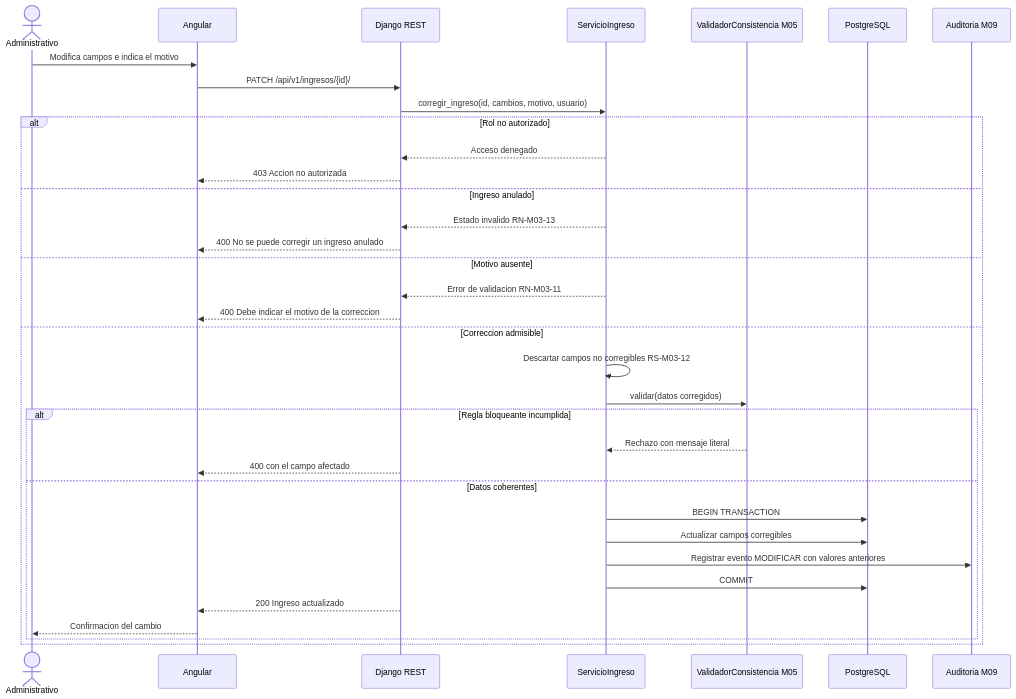
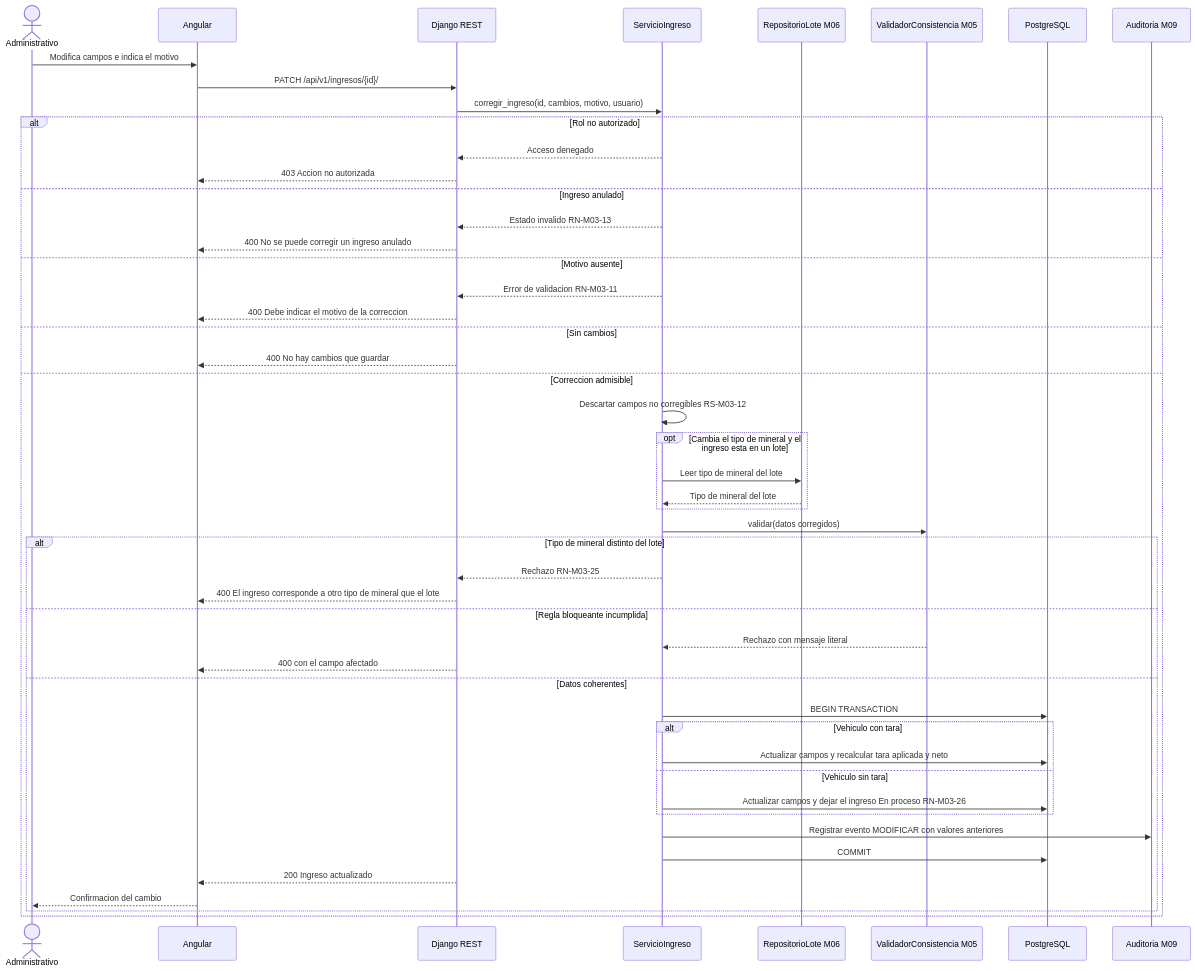
One commit to adlerOmonte1/LogisticaMinera changed the second of 5 diagrams in docs/modulos/M03-ingresos/diagramas/secuencia.md. Above: the diagram before and after it, drawn with Mermaid. The commit also changed other lines of this file and 9 other files, not shown here.

````diff
--- a/docs/modulos/M03-ingresos/diagramas/secuencia.md
+++ b/docs/modulos/M03-ingresos/diagramas/secuencia.md
@@ -76,40 +84,54 @@
 ```mermaid
 sequenceDiagram
     actor A as Administrativo
     participant NG as Angular
     participant API as Django REST
     participant SRV as ServicioIngreso
+    participant LOT as RepositorioLote M06
     participant VAL as ValidadorConsistencia M05
     participant DB as PostgreSQL
     participant AUD as Auditoria M09
 
     A->>NG: Modifica campos e indica el motivo
     NG->>API: PATCH /api/v1/ingresos/{id}/
     API->>SRV: corregir_ingreso(id, cambios, motivo, usuario)
 
     alt Rol no autorizado
         SRV-->>API: Acceso denegado
         API-->>NG: 403 Accion no autorizada
     else Ingreso anulado
         SRV-->>API: Estado invalido RN-M03-13
         API-->>NG: 400 No se puede corregir un ingreso anulado
     else Motivo ausente
         SRV-->>API: Error de validacion RN-M03-11
         API-->>NG: 400 Debe indicar el motivo de la correccion
+    else Sin cambios
+        API-->>NG: 400 No hay cambios que guardar
     else Correccion admisible
         SRV->>SRV: Descartar campos no corregibles RS-M03-12
+        opt Cambia el tipo de mineral y el ingreso esta en un lote
+            SRV->>LOT: Leer tipo de mineral del lote
+            LOT-->>SRV: Tipo de mineral del lote
+        end
         SRV->>VAL: validar(datos corregidos)
 
-        alt Regla bloqueante incumplida
+        alt Tipo de mineral distinto del lote
+            SRV-->>API: Rechazo RN-M03-25
+            API-->>NG: 400 El ingreso corresponde a otro tipo de mineral que el lote
+        else Regla bloqueante incumplida
             VAL-->>SRV: Rechazo con mensaje literal
             API-->>NG: 400 con el campo afectado
         else Datos coherentes
             SRV->>DB: BEGIN TRANSACTION
-            SRV->>DB: Actualizar campos corregibles
+            alt Vehiculo con tara
+                SRV->>DB: Actualizar campos y recalcular tara aplicada y neto
+            else Vehiculo sin tara
+                SRV->>DB: Actualizar campos y dejar el ingreso En proceso RN-M03-26
+            end
             SRV->>AUD: Registrar evento MODIFICAR con valores anteriores
             SRV->>DB: COMMIT
             API-->>NG: 200 Ingreso actualizado
             NG-->>A: Confirmacion del cambio
         end
     end
 ```
````
